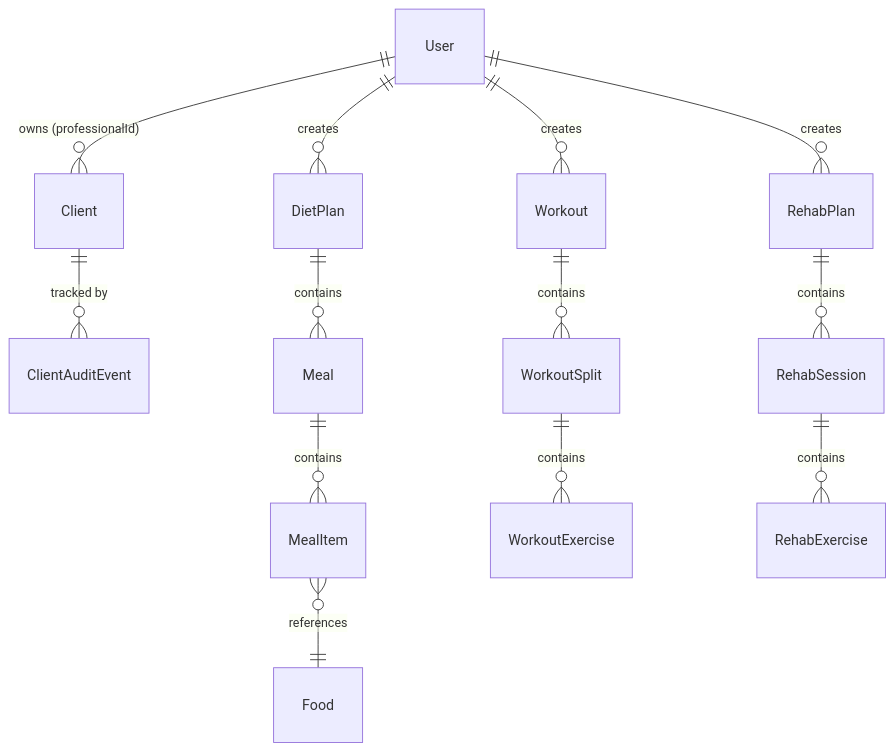
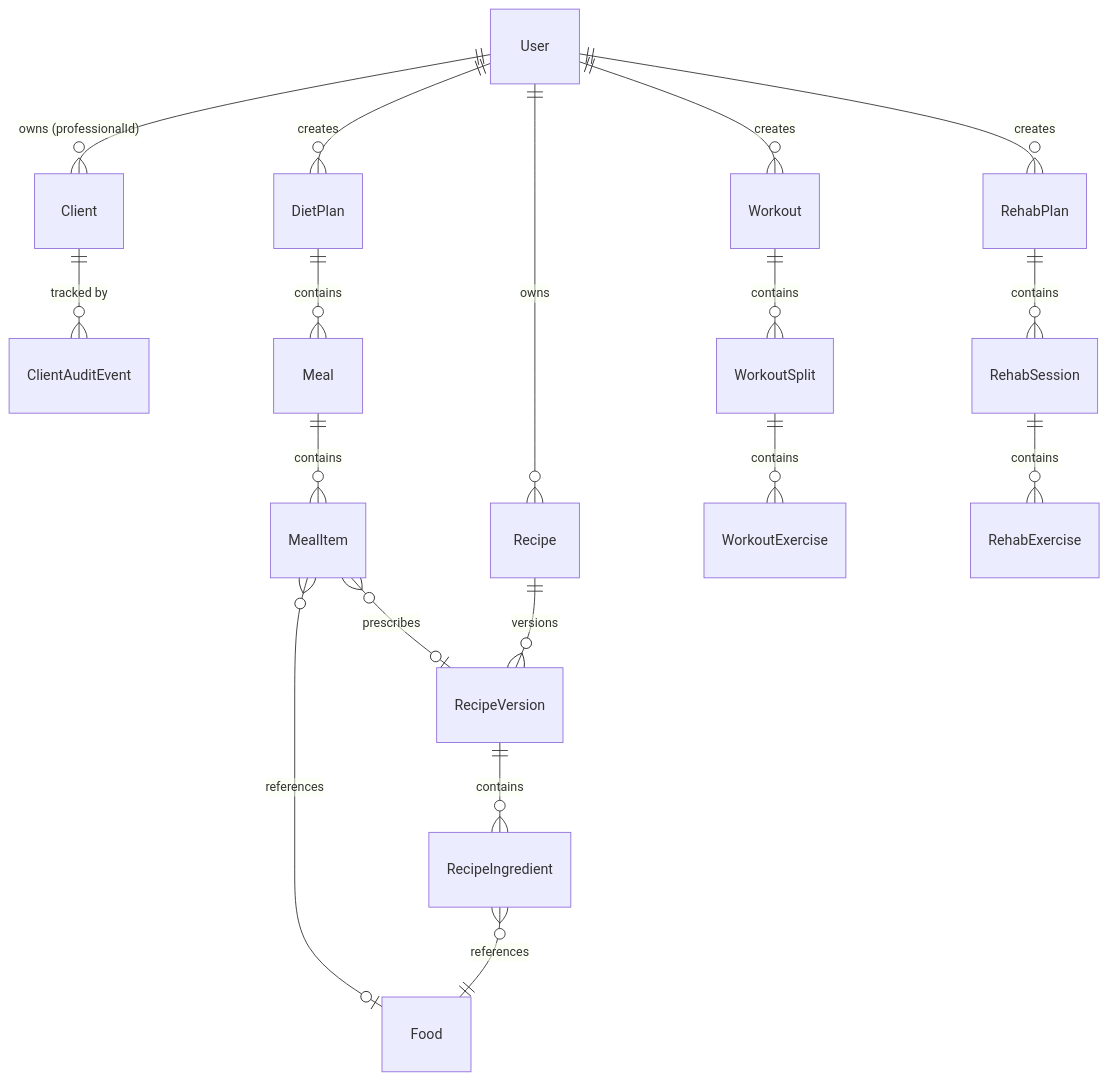
Before and after one commit to Gustavo13Cs/ecossistema-resiliencia: the diagram in docs/ARCHITECTURE.md, drawn with Mermaid. The commit also changed other lines of this file and 4 other files, not shown here.

````diff
--- a/docs/ARCHITECTURE.md
+++ b/docs/ARCHITECTURE.md
@@ -164,15 +166,20 @@
 ```mermaid
 erDiagram
     User ||--o{ Client : "owns (professionalId)"
     User ||--o{ DietPlan : "creates"
     User ||--o{ Workout : "creates"
     User ||--o{ RehabPlan : "creates"
     Client ||--o{ ClientAuditEvent : "tracked by"
     DietPlan ||--o{ Meal : contains
     Meal ||--o{ MealItem : contains
-    MealItem }o--|| Food : references
+    MealItem }o--o| Food : references
+    MealItem }o--o| RecipeVersion : prescribes
+    User ||--o{ Recipe : owns
+    Recipe ||--o{ RecipeVersion : versions
+    RecipeVersion ||--o{ RecipeIngredient : contains
+    RecipeIngredient }o--|| Food : references
     Workout ||--o{ WorkoutSplit : contains
     WorkoutSplit ||--o{ WorkoutExercise : contains
     RehabPlan ||--o{ RehabSession : contains
     RehabSession ||--o{ RehabExercise : contains
 ```
````
